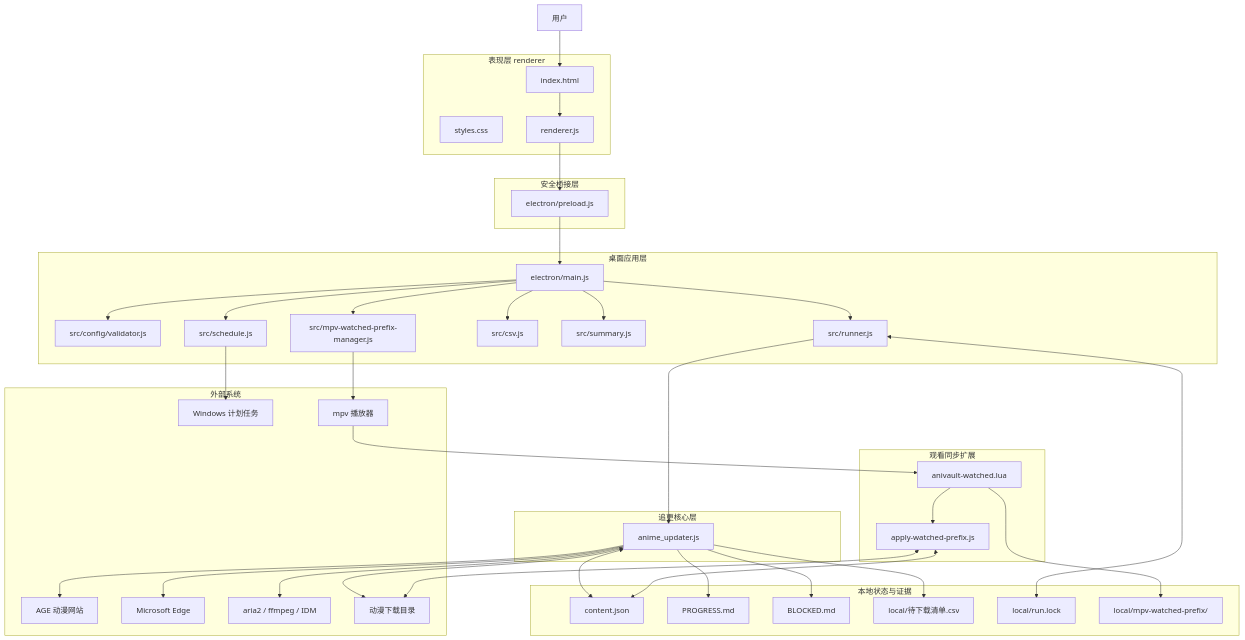
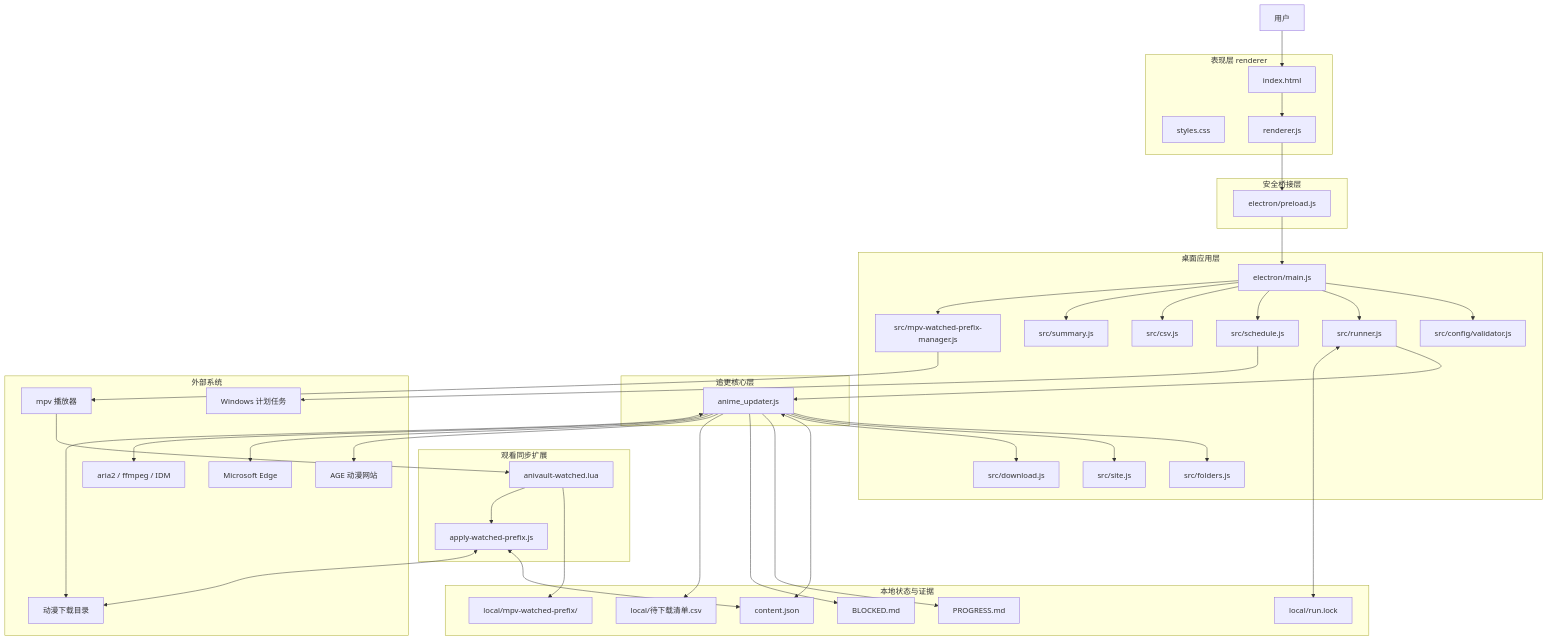
Before and after one commit to heathfris/AniVault: the first of 3 diagrams in docs/personal/AniVault_项目框架全景指南.md, drawn with Mermaid. The commit also changed other lines of this file and 12 other files, not shown here.

````diff
--- a/docs/personal/AniVault_项目框架全景指南.md
+++ b/docs/personal/AniVault_项目框架全景指南.md
@@ -21,74 +21,80 @@
 ```mermaid
 flowchart TB
     U[用户]
 
     subgraph UI[表现层 renderer]
         HTML[index.html]
         CSS[styles.css]
         R[renderer.js]
     end
 
     subgraph BRIDGE[安全桥接层]
         P[electron/preload.js]
     end
 
     subgraph DESKTOP[桌面应用层]
         M[electron/main.js]
         V[src/config/validator.js]
         RUN[src/runner.js]
         SCH[src/schedule.js]
         CSV[src/csv.js]
         SUM[src/summary.js]
+        FOLD[src/folders.js]
+        SITE[src/site.js]
+        DOWN[src/download.js]
         MPVM[src/mpv-watched-prefix-manager.js]
     end
 
     subgraph CORE[追更核心层]
         A[anime_updater.js]
     end
 
     subgraph EXT[观看同步扩展]
         LUA[anivault-watched.lua]
         APPLY[apply-watched-prefix.js]
     end
 
     subgraph DATA[本地状态与证据]
         C[content.json]
         PROG[PROGRESS.md]
         BLOCK[BLOCKED.md]
         LIST[local/待下载清单.csv]
         LOCK[local/run.lock]
         MPVS[local/mpv-watched-prefix/]
     end
 
     subgraph OUTSIDE[外部系统]
         AGE[AGE 动漫网站]
         EDGE[Microsoft Edge]
         DL[aria2 / ffmpeg / IDM]
         TASK[Windows 计划任务]
         DISK[动漫下载目录]
         MPV[mpv 播放器]
     end
 
     U --> HTML --> R
     R --> P --> M
     M --> V
     M --> RUN --> A
     M --> SCH --> TASK
     M --> CSV
     M --> SUM
     M --> MPVM
+    A --> FOLD
+    A --> SITE
+    A --> DOWN
     A <--> C
     A --> PROG
     A --> BLOCK
     A --> LIST
     RUN <--> LOCK
     A --> AGE
     A --> EDGE
     A --> DL
     A <--> DISK
     MPVM --> MPV
     MPV --> LUA --> MPVS
     LUA --> APPLY
     APPLY <--> C
     APPLY <--> DISK
 ```
````
